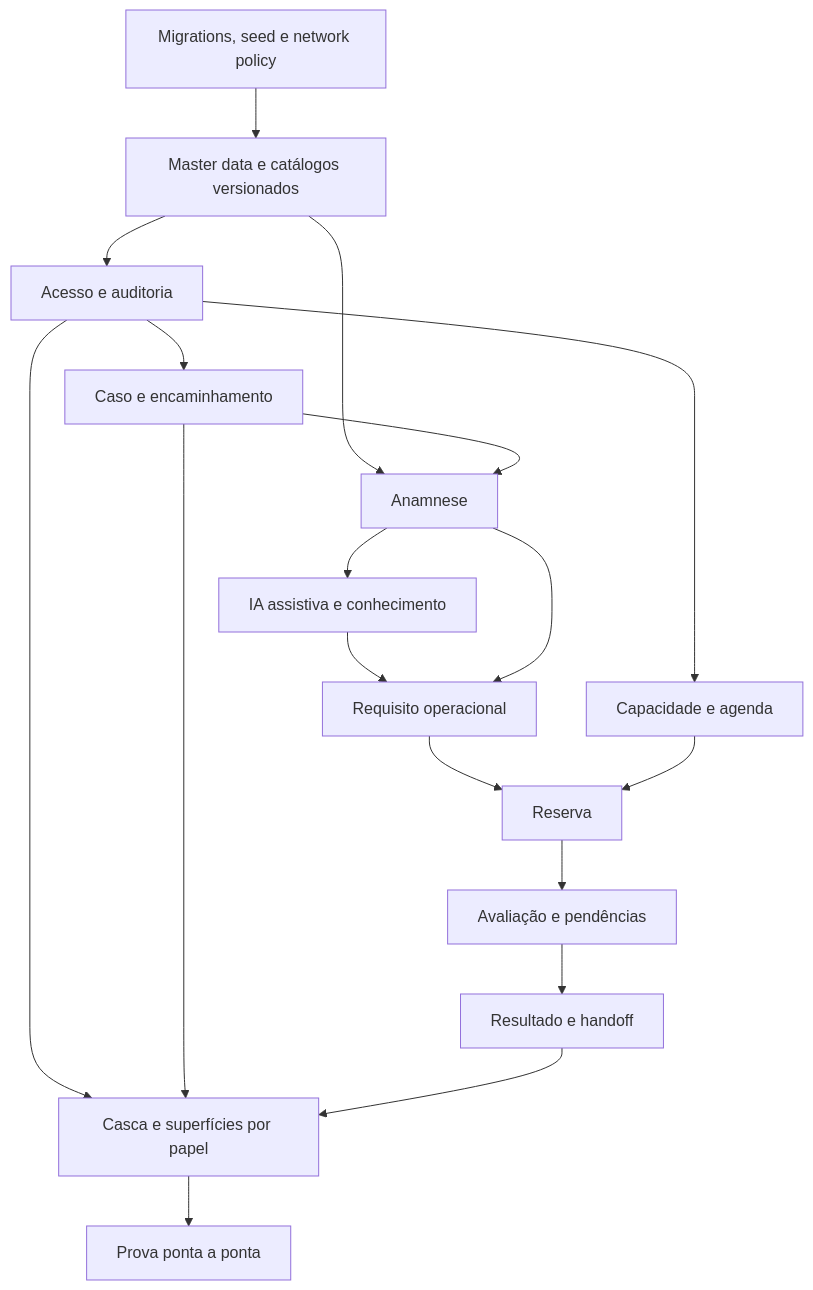
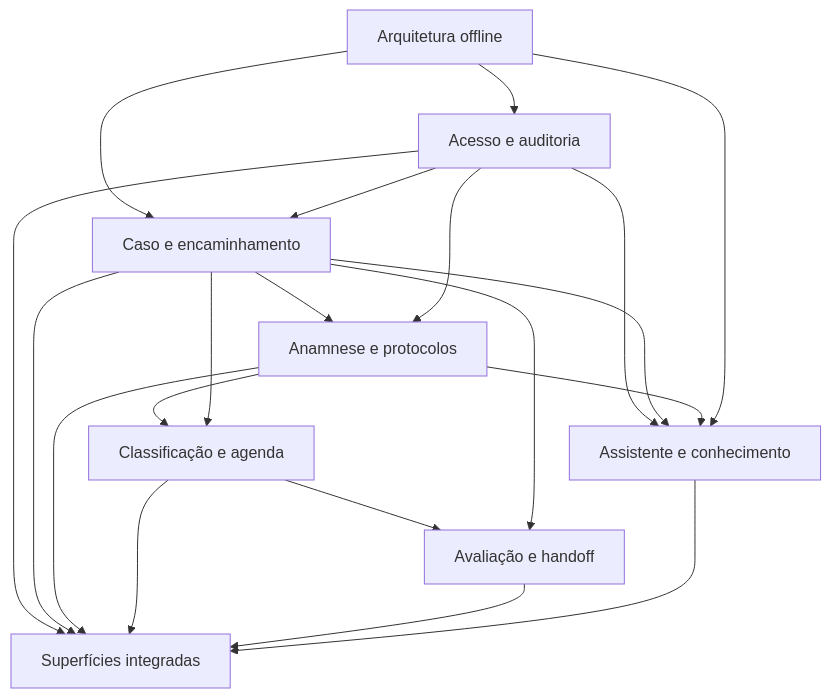
The second of 2 diagrams in hack/BUILD.md (nmarcofernandess/antessala), drawn with Mermaid before and after one commit. The commit also changed other lines of this file and 29 other files, not shown here.

````diff
--- a/hack/BUILD.md
+++ b/hack/BUILD.md
@@ -514,20 +126,22 @@
 ```mermaid
 flowchart TD
-  infra["Migrations, seed e network policy"] --> catalog["Master data e catálogos versionados"]
-  catalog --> auth["Acesso e auditoria"]
-  auth --> cases["Caso e encaminhamento"]
-  catalog --> anamnesis["Anamnese"]
-  cases --> anamnesis
-  anamnesis --> ai["IA assistiva e conhecimento"]
-  ai --> requirement
-  anamnesis --> requirement["Requisito operacional"]
-  auth --> capacity["Capacidade e agenda"]
-  requirement --> booking["Reserva"]
-  capacity --> booking
-  booking --> assessment["Avaliação e pendências"]
-  assessment --> result["Resultado e handoff"]
-  auth --> surfaces["Casca e superfícies por papel"]
-  cases --> surfaces
-  result --> surfaces
-  surfaces --> proof["Prova ponta a ponta"]
+    ARCH["Arquitetura offline"] --> ACCESS["Acesso e auditoria"]
+    ARCH --> CASE["Caso e encaminhamento"]
+    ACCESS --> CASE
+    CASE --> ANA["Anamnese e protocolos"]
+    ACCESS --> ANA
+    ANA --> SCHED["Classificação e agenda"]
+    CASE --> SCHED
+    SCHED --> ASSESS["Avaliação e handoff"]
+    CASE --> ASSESS
+    ACCESS --> AI["Assistente e conhecimento"]
+    CASE --> AI
+    ANA --> AI
+    ARCH --> AI
+    ACCESS --> UI["Superfícies integradas"]
+    CASE --> UI
+    ANA --> UI
+    SCHED --> UI
+    ASSESS --> UI
+    AI --> UI
 ```
````
